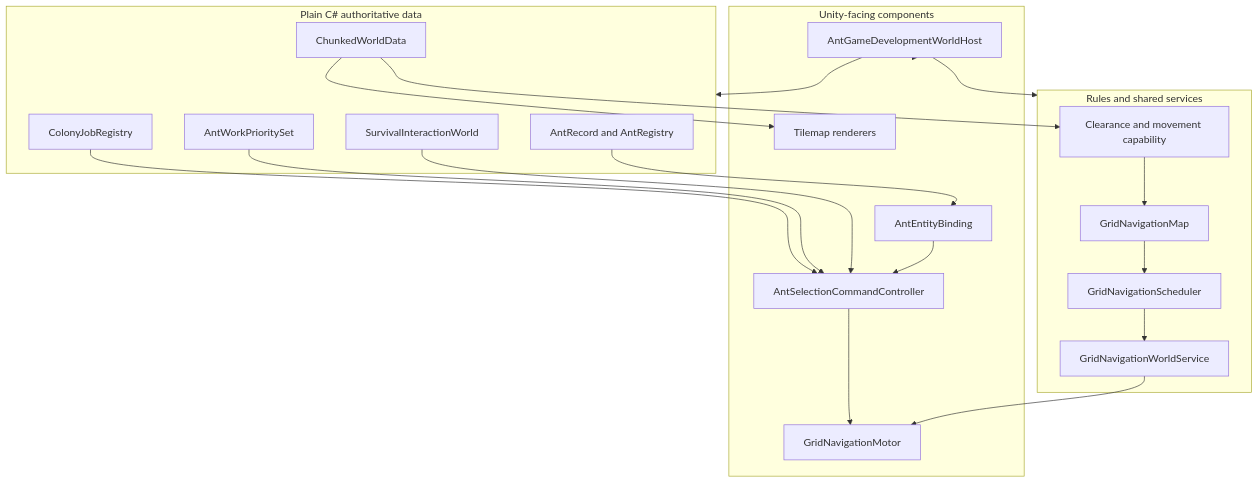
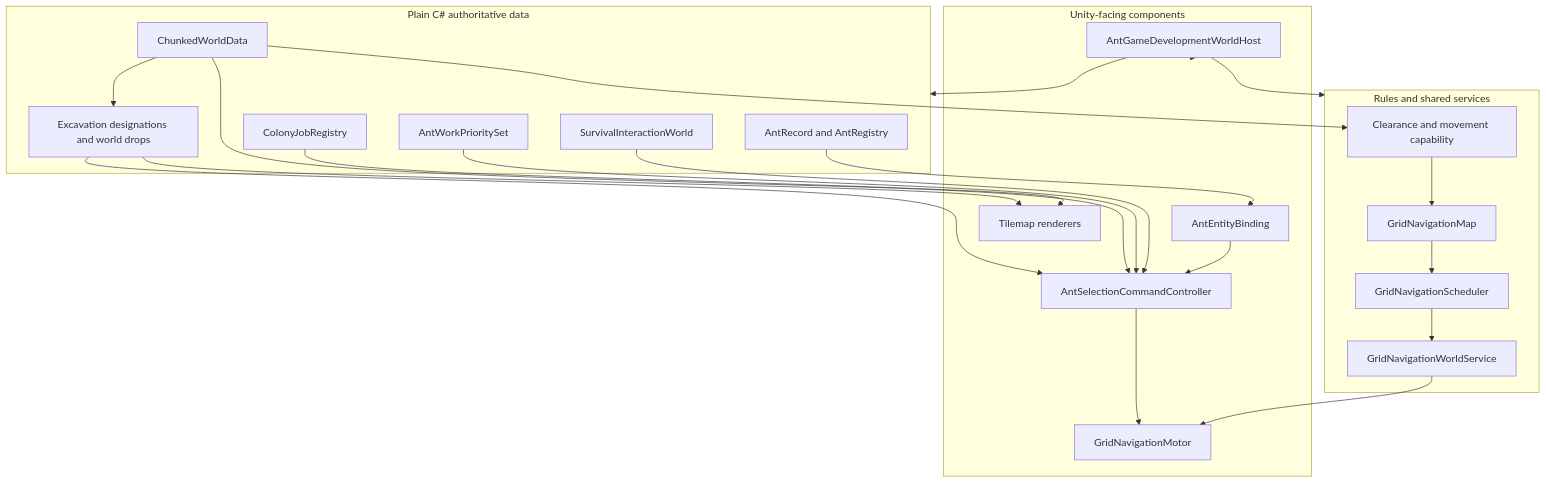
Before and after one commit to Stevr0/AntGame: the diagram in docs/technical-architecture.md, drawn with Mermaid. The commit also changed other lines of this file and 25 other files, not shown here.

````diff
--- a/docs/technical-architecture.md
+++ b/docs/technical-architecture.md
@@ -17,36 +17,39 @@
 ```mermaid
 flowchart TB
   subgraph Data[Plain C# authoritative data]
     AR[AntRecord and AntRegistry]
     WD[ChunkedWorldData]
     SI[SurvivalInteractionWorld]
     JP[AntWorkPrioritySet]
     JR[ColonyJobRegistry]
+    DR[Excavation designations and world drops]
   end
 
   subgraph Rules[Rules and shared services]
     CAP[Clearance and movement capability]
     MAP[GridNavigationMap]
     SCH[GridNavigationScheduler]
     GWS[GridNavigationWorldService]
   end
 
   subgraph Unity[Unity-facing components]
     BIND[AntEntityBinding]
     CTRL[AntSelectionCommandController]
     MOTOR[GridNavigationMotor]
     TILE[Tilemap renderers]
     HOST[AntGameDevelopmentWorldHost]
   end
 
   WD --> CAP --> MAP --> SCH --> GWS --> MOTOR
   WD --> TILE
   AR --> BIND --> CTRL
   CTRL --> MOTOR
   SI --> CTRL
   JP --> CTRL
   JR --> CTRL
+  DR --> CTRL
+  WD --> DR --> TILE
   HOST --> Data
   HOST --> Rules
   HOST --> Unity
 ```
````
